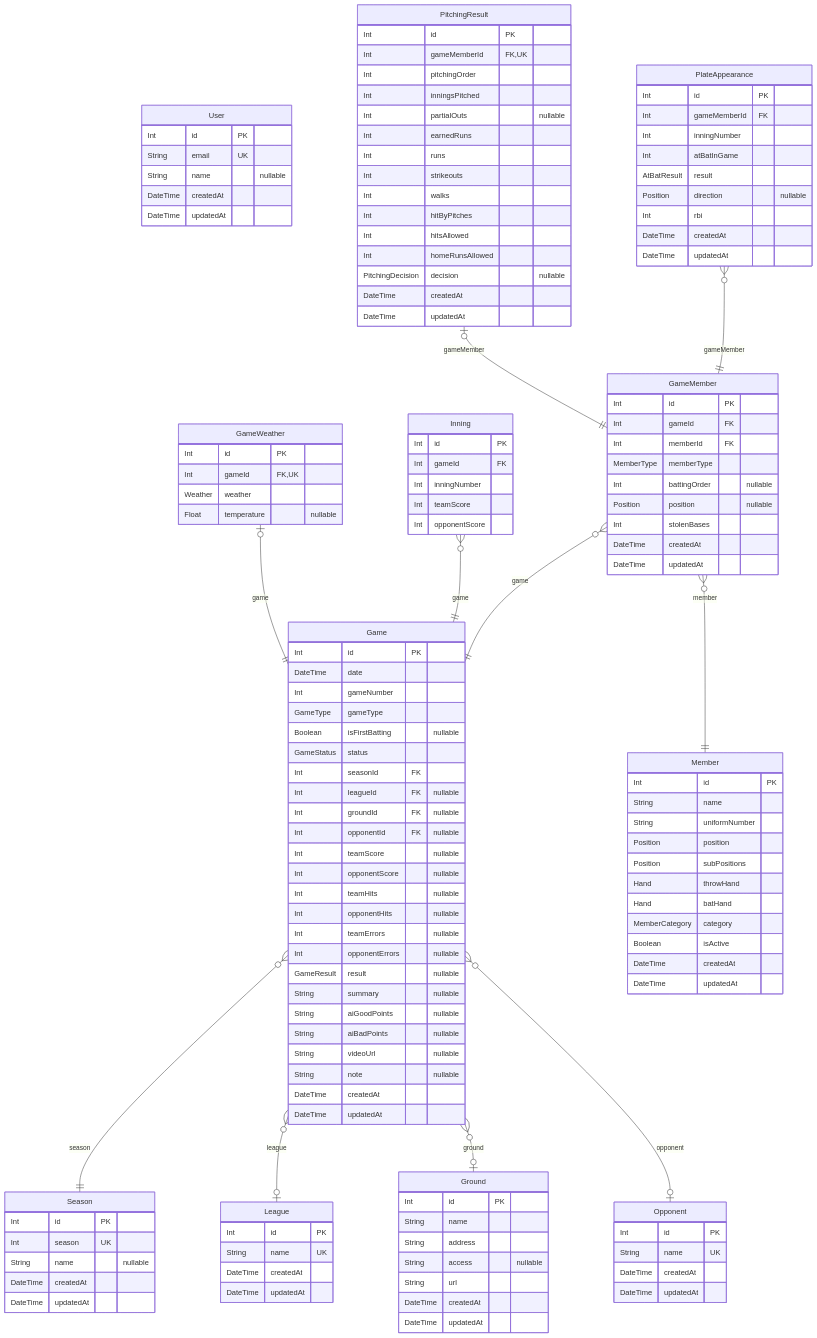
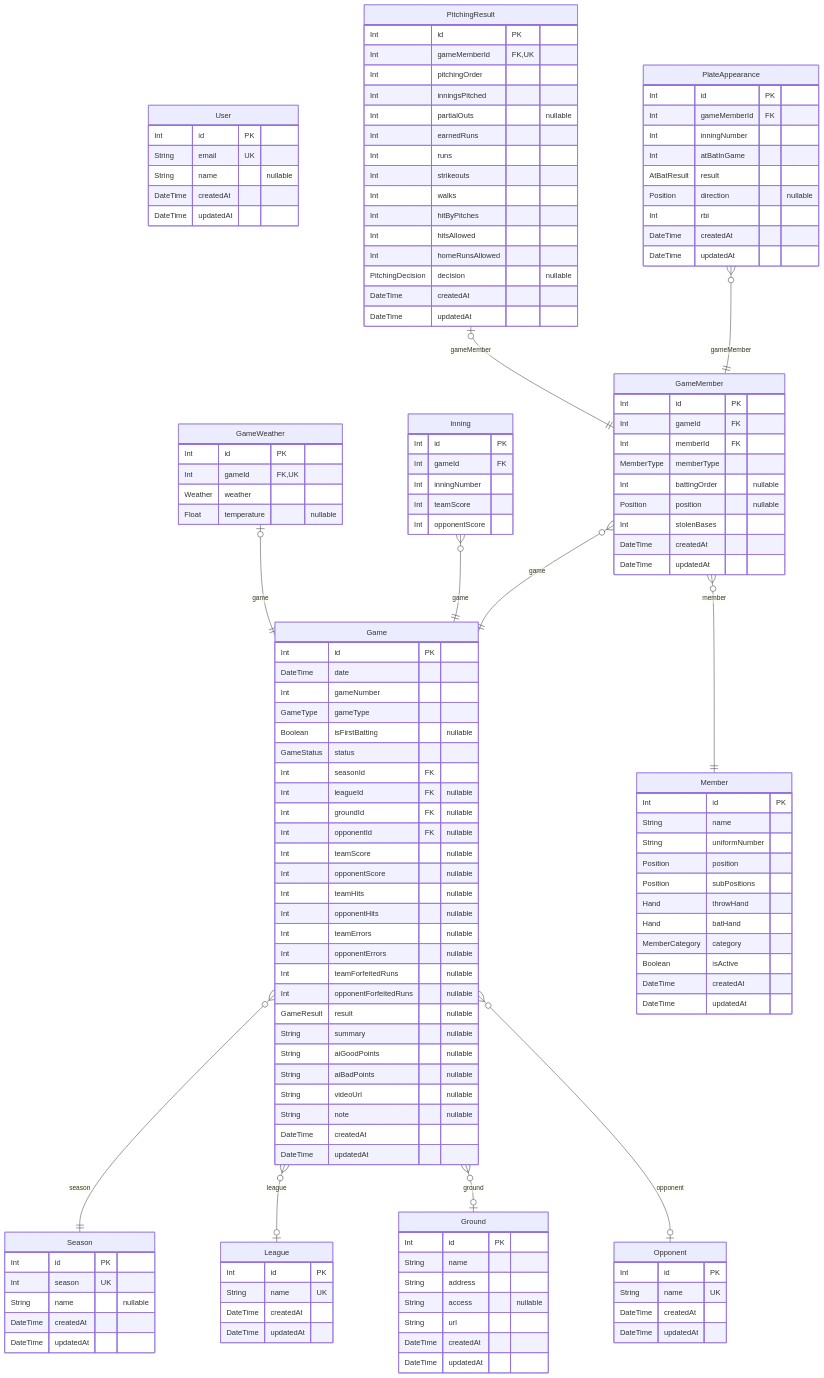
The diagram in docs/er-diagram.md (keitaroutakahashi/albatross), drawn with Mermaid before and after one commit. The commit also changed other lines of this file and 8 other files, not shown here.

```diff
--- a/docs/er-diagram.md
+++ b/docs/er-diagram.md
@@ -73,6 +73,8 @@
   Int opponentHits "nullable"
   Int teamErrors "nullable"
   Int opponentErrors "nullable"
+  Int teamForfeitedRuns "nullable"
+  Int opponentForfeitedRuns "nullable"
   GameResult result "nullable"
   String summary "nullable"
   String aiGoodPoints "nullable"
```
